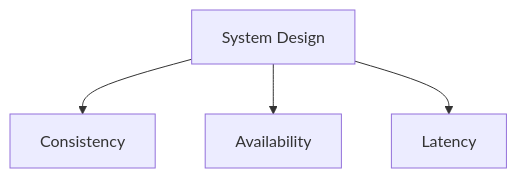
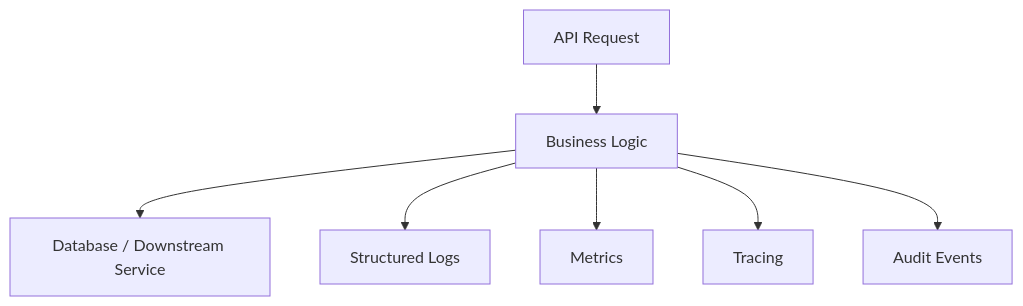
One commit to dbajajmnk/systemdesign changed the seventh of 8 diagrams in systemdesign/9. System Interfaces and API Design/How.md. Above: the diagram before and after it, drawn with Mermaid. The commit also changed other lines of this file, not shown here.

````diff
--- a/systemdesign/9. System Interfaces and API Design/How.md
+++ b/systemdesign/9. System Interfaces and API Design/How.md
@@ -227,11 +566,9 @@
 ```mermaid
 flowchart TD
-    A[System Design]
-    B[Consistency]
-    C[Availability]
-    D[Latency]
-
-    A --> B
-    A --> C
-    A --> D
+    A[API Request] --> B[Business Logic]
+    B --> C[Database / Downstream Service]
+    B --> D[Structured Logs]
+    B --> E[Metrics]
+    B --> F[Tracing]
+    B --> G[Audit Events]
 ```
````
